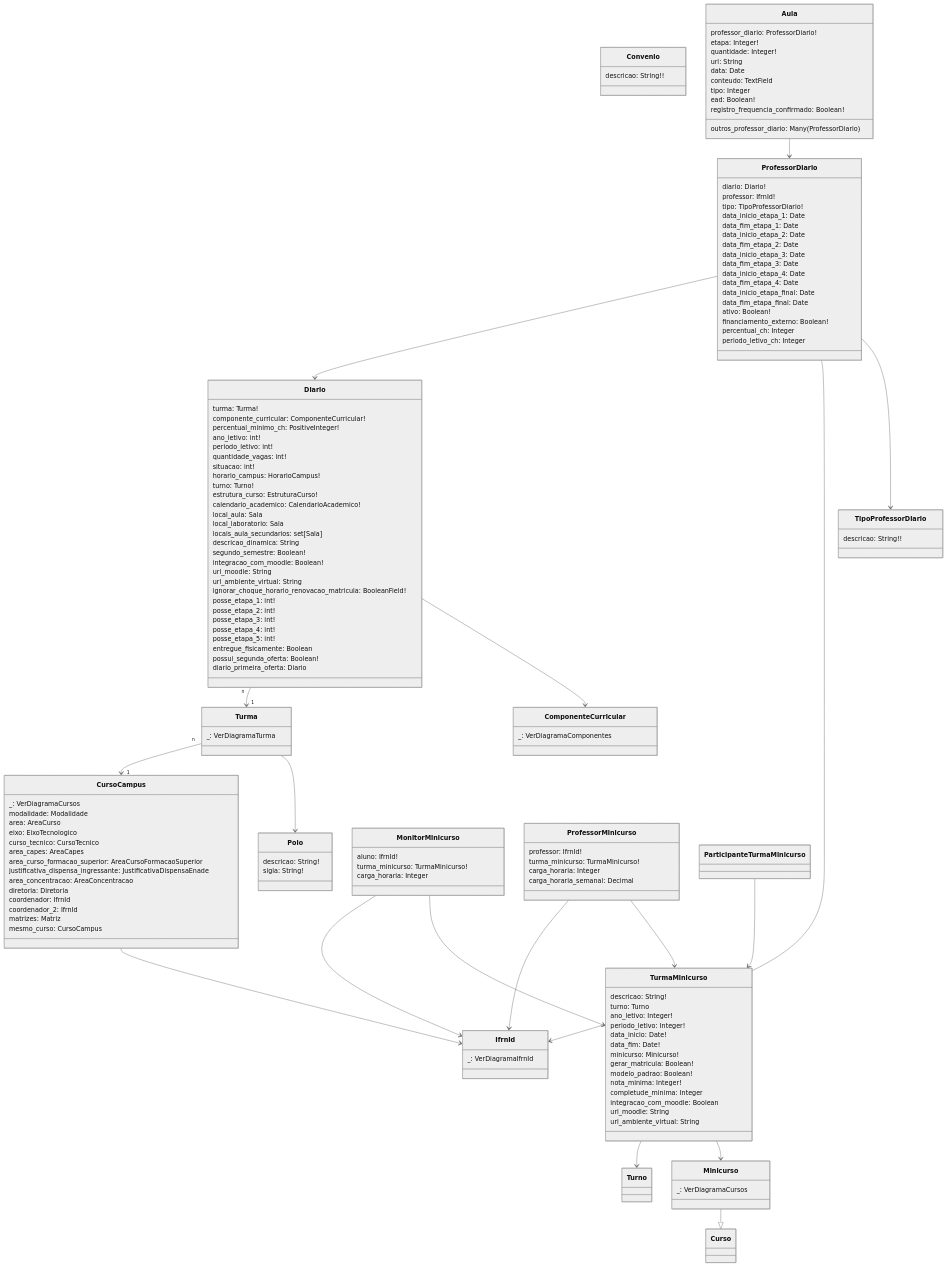
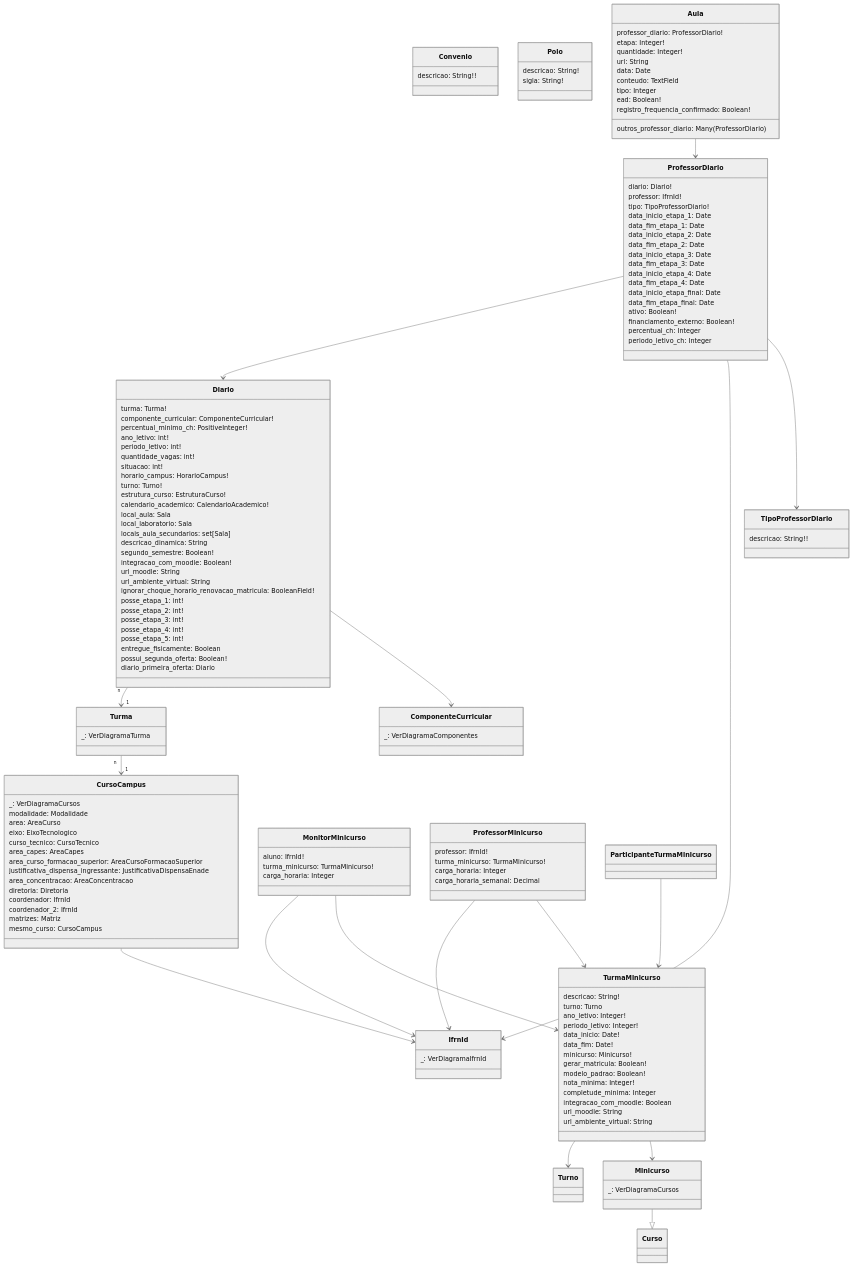
Before and after one commit to cte-zl-ifrn/cte-zl-ifrn.github.io: the diagram in suap/edu/diarios.md, drawn with Mermaid (neutral theme).

Commit message:
ajustes no diagrama de diários

```diff
--- a/suap/edu/diarios.md
+++ b/suap/edu/diarios.md
@@ -138,8 +138,6 @@
 
     Minicurso --|> Curso
 
-    Turma --> Polo
-
     TurmaMinicurso --> Turno
     TurmaMinicurso --> Minicurso
 
```
